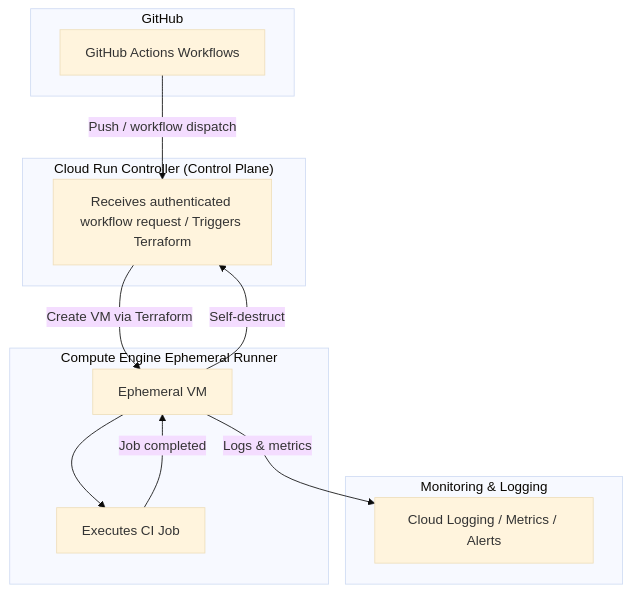
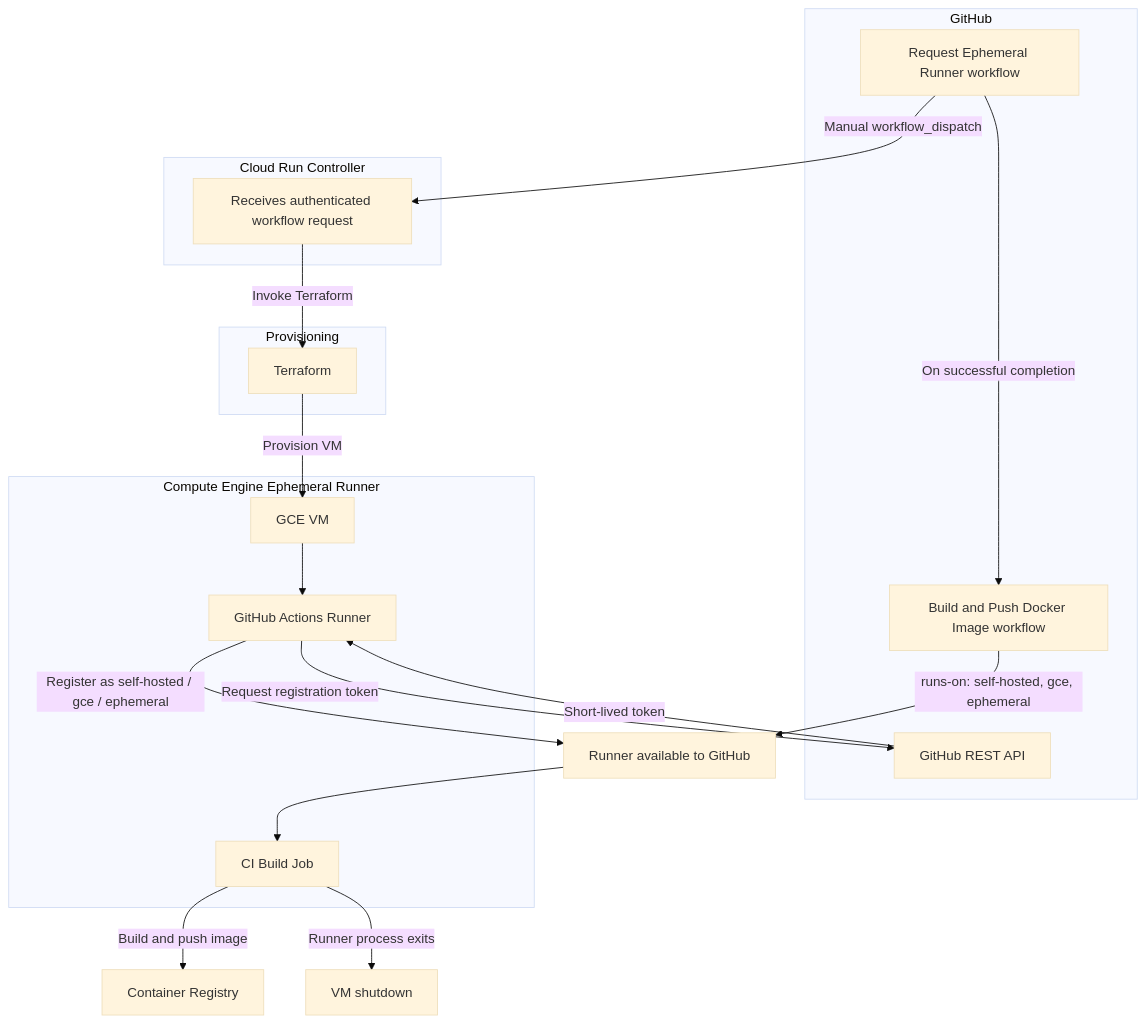
The second of 2 diagrams in README.md (DimitryZH/ci-build-platform), drawn with Mermaid (base theme) before and after one commit. The commit also changed other lines of this file, not shown here.

Commit message:
docs: align README with validated GitHub integration

````diff
--- a/README.md
+++ b/README.md
@@ -58,26 +56,35 @@
 ```mermaid
 flowchart TB
-    subgraph GitHub
-        GH[GitHub Actions Workflows]
+    subgraph GitHub["GitHub"]
+        Request[Request Ephemeral Runner workflow]
+        API[GitHub REST API]
+        Build[Build and Push Docker Image workflow]
     end
 
-    subgraph Controller["Cloud Run Controller (Control Plane)"]
-        CR[Receives authenticated workflow request / Triggers Terraform]
+    subgraph Controller["Cloud Run Controller"]
+        CR[Receives authenticated workflow request]
+    end
+
+    subgraph Provisioning["Provisioning"]
+        TF[Terraform]
     end
 
     subgraph Runner["Compute Engine Ephemeral Runner"]
-        VM[Ephemeral VM]
-        Job[Executes CI Job]
+        VM[GCE VM]
+        Agent[GitHub Actions Runner]
+        Job[CI Build Job]
     end
 
-    subgraph Observability[Monitoring & Logging]
-        M[Cloud Logging / Metrics / Alerts]
-    end
-
-    GH -->|Push / workflow dispatch| CR
-    CR -->|Create VM via Terraform| VM
-    VM --> Job
-    Job -->|Job completed| VM
-    VM -->|Logs & metrics| M
-    VM -->|Self-destruct| CR
+    Request -->|Manual workflow_dispatch| CR
+    CR -->|Invoke Terraform| TF
+    TF -->|Provision VM| VM
+    VM --> Agent
+    Agent -->|Request registration token| API
+    API -->|Short-lived token| Agent
+    Agent -->|Register as self-hosted / gce / ephemeral| GitHubReady[Runner available to GitHub]
+    Request -->|On successful completion| Build
+    Build -->|runs-on: self-hosted, gce, ephemeral| GitHubReady
+    GitHubReady --> Job
+    Job -->|Build and push image| Registry[Container Registry]
+    Job -->|Runner process exits| Shutdown[VM shutdown]
 ```
````
